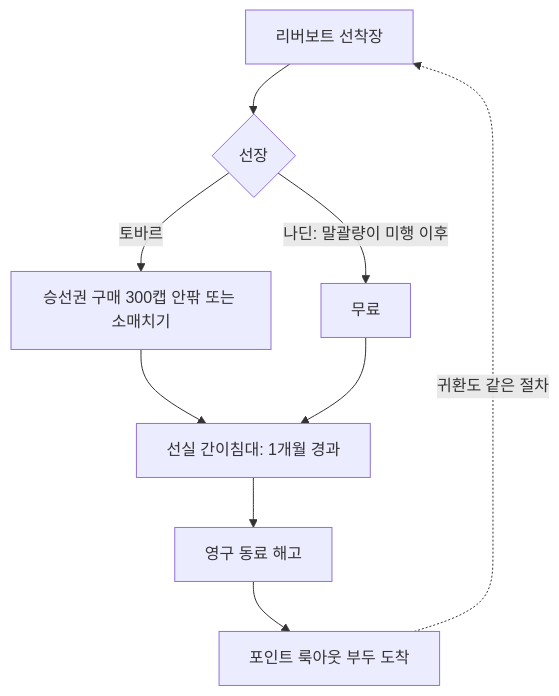
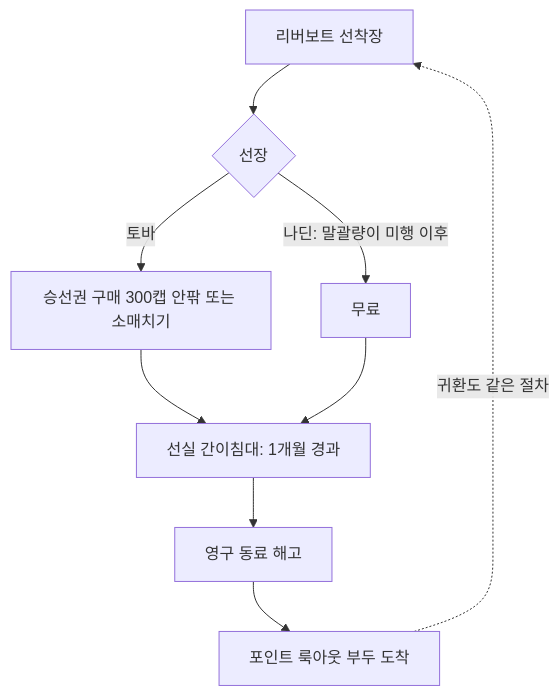
Diagram 15 of 15 in docs/reverse-design/08d_dlc-point-lookout.md (forsurvive/003), drawn with Mermaid before and after one commit. The commit also changed other lines of this file and 27 other files, not shown here.

````diff
--- a/docs/reverse-design/08d_dlc-point-lookout.md
+++ b/docs/reverse-design/08d_dlc-point-lookout.md
@@ -1280,11 +1280,11 @@
 ```mermaid
 flowchart TD
     A["리버보트 선착장"] --> B{"선장"}
-    B -->|"토바르"| C["승선권 구매 300캡 안팎 또는 소매치기"]
+    B -->|"토바"| C["승선권 구매 300캡 안팎 또는 소매치기"]
     B -->|"나딘: 말괄량이 미행 이후"| D["무료"]
     C --> E["선실 간이침대: 1개월 경과"]
     D --> E
     E --> F["영구 동료 해고"]
     F --> G["포인트 룩아웃 부두 도착"]
     G -.->|"귀환도 같은 절차"| A
 ```
````
